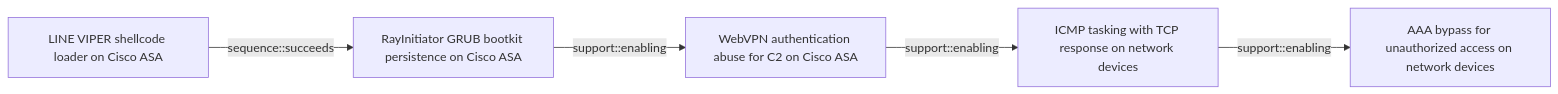
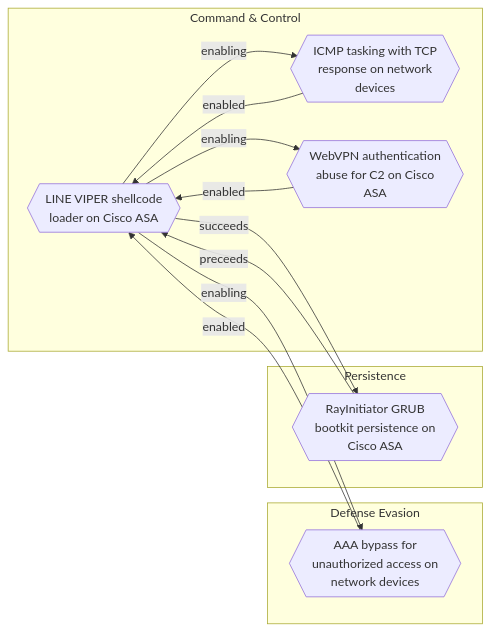
Before and after one commit to opentidehq/library: the first of 2 diagrams in docs/threats/line-viper-shellcode-loader-on-cisco-asa.md, drawn with Mermaid. The commit also changed other lines of this file and 540 other files, not shown here.

````diff
--- a/docs/threats/line-viper-shellcode-loader-on-cisco-asa.md
+++ b/docs/threats/line-viper-shellcode-loader-on-cisco-asa.md
@@ -148,12 +155,22 @@
 ```mermaid
 flowchart LR
-b6175f16_2b61_4116_bd97_de54b02b197e["LINE VIPER shellcode loader on Cisco ASA"]
-a6f331e0_292d_4d83_87a9_46aa149555dd["RayInitiator GRUB bootkit persistence on Cisco ASA"]
-fcc552fb_b4d1_4b47_b366_104ec4d806ef["WebVPN authentication abuse for C2 on Cisco ASA"]
-2a5faf22_c526_4d49_81b9_6a7b895de58b["ICMP tasking with TCP response on network devices"]
-53389577_fd8d_4ce6_9852_8365ed947c17["AAA bypass for unauthorized access on network devices"]
-b6175f16_2b61_4116_bd97_de54b02b197e -->|sequence::succeeds| a6f331e0_292d_4d83_87a9_46aa149555dd
-a6f331e0_292d_4d83_87a9_46aa149555dd -->|support::enabling| fcc552fb_b4d1_4b47_b366_104ec4d806ef
-fcc552fb_b4d1_4b47_b366_104ec4d806ef -->|support::enabling| 2a5faf22_c526_4d49_81b9_6a7b895de58b
-2a5faf22_c526_4d49_81b9_6a7b895de58b -->|support::enabling| 53389577_fd8d_4ce6_9852_8365ed947c17
+subgraph "Command & Control"
+b6175f16_2b61_4116_bd97_de54b02b197e{{"LINE VIPER shellcode<br>loader on Cisco ASA"}}
+2a5faf22_c526_4d49_81b9_6a7b895de58b{{"ICMP tasking with TCP<br>response on network<br>devices"}}
+fcc552fb_b4d1_4b47_b366_104ec4d806ef{{"WebVPN authentication<br>abuse for C2 on Cisco<br>ASA"}}
+end
+subgraph "Defense Evasion"
+53389577_fd8d_4ce6_9852_8365ed947c17{{"AAA bypass for<br>unauthorized access on<br>network devices"}}
+end
+subgraph "Persistence"
+a6f331e0_292d_4d83_87a9_46aa149555dd{{"RayInitiator GRUB<br>bootkit persistence on<br>Cisco ASA"}}
+end
+53389577_fd8d_4ce6_9852_8365ed947c17 -->|enabled| b6175f16_2b61_4116_bd97_de54b02b197e
+2a5faf22_c526_4d49_81b9_6a7b895de58b -->|enabled| b6175f16_2b61_4116_bd97_de54b02b197e
+a6f331e0_292d_4d83_87a9_46aa149555dd -->|preceeds| b6175f16_2b61_4116_bd97_de54b02b197e
+fcc552fb_b4d1_4b47_b366_104ec4d806ef -->|enabled| b6175f16_2b61_4116_bd97_de54b02b197e
+b6175f16_2b61_4116_bd97_de54b02b197e -->|succeeds| a6f331e0_292d_4d83_87a9_46aa149555dd
+b6175f16_2b61_4116_bd97_de54b02b197e -->|enabling| fcc552fb_b4d1_4b47_b366_104ec4d806ef
+b6175f16_2b61_4116_bd97_de54b02b197e -->|enabling| 2a5faf22_c526_4d49_81b9_6a7b895de58b
+b6175f16_2b61_4116_bd97_de54b02b197e -->|enabling| 53389577_fd8d_4ce6_9852_8365ed947c17
 ```
````
